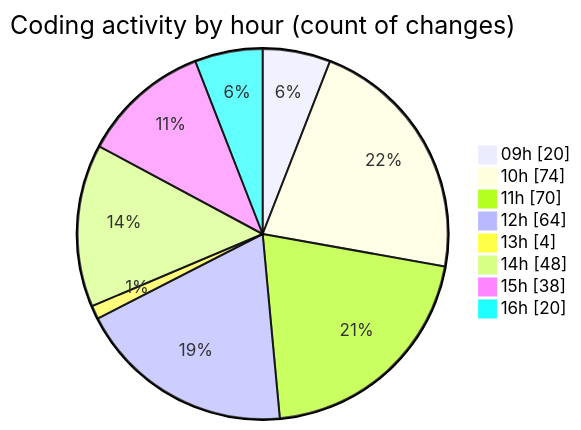
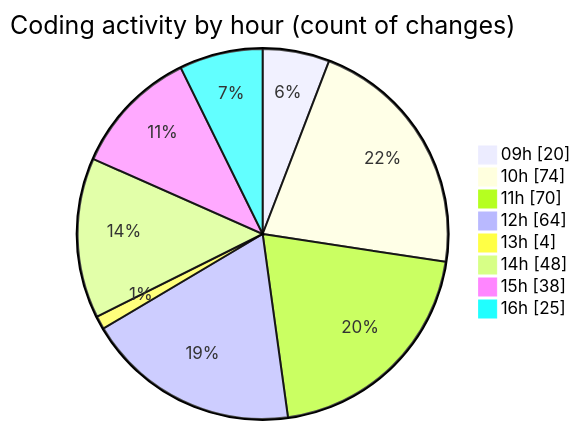
The second of 2 diagrams in 2025-06-06/ecodeli-1/README.md (CELIANVF/code-tracking), drawn with Mermaid before and after one commit. The commit also changed other lines of this file and 1 other file, not shown here.

````diff
--- a/2025-06-06/ecodeli-1/README.md
+++ b/2025-06-06/ecodeli-1/README.md
@@ -113,12 +114,12 @@
 ```mermaid
 pie showData
 title Coding activity by hour (count of changes)
 "09h" : 20
 "10h" : 74
 "11h" : 70
 "12h" : 64
 "13h" : 4
 "14h" : 48
 "15h" : 38
-"16h" : 20
+"16h" : 25
 ```
````
